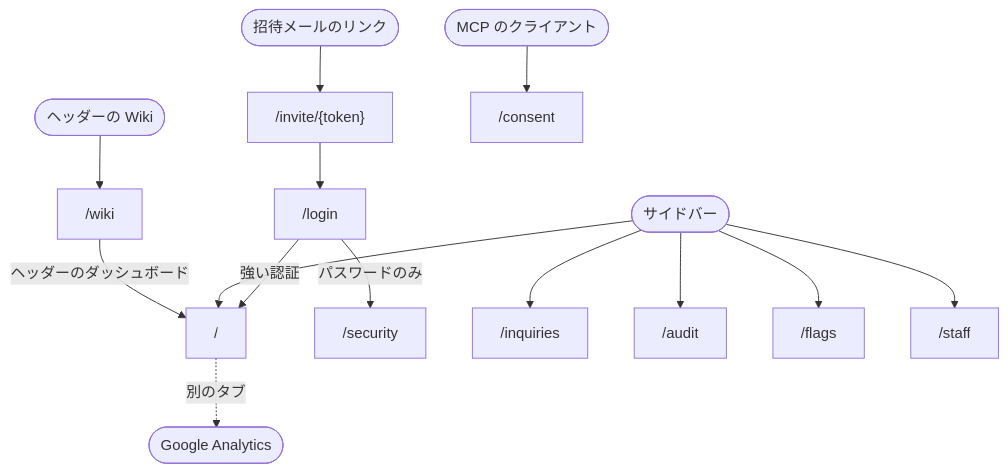
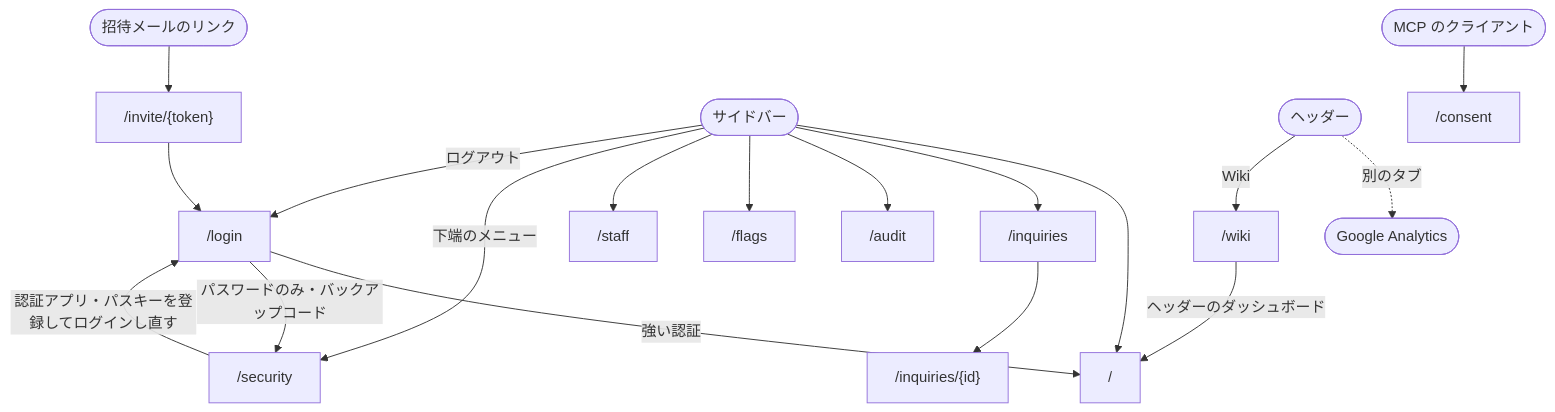
Before and after one commit to masseater/typescript-template: the diagram in apps/wiki/content/docs/pages/wiki-layout.md, drawn with Mermaid. The commit also changed other lines of this file and 9 other files, not shown here.

````diff
--- a/apps/wiki/content/docs/pages/wiki-layout.md
+++ b/apps/wiki/content/docs/pages/wiki-layout.md
@@ -54,16 +65,20 @@
 ```mermaid
 flowchart TD
   invite(["招待メールのリンク"]) --> accept["/invite/{token}"]
   accept --> login["/login"]
   login -- 強い認証 --> overview["/"]
-  login -- パスワードのみ --> security["/security"]
+  login -- "パスワードのみ・バックアップコード" --> security["/security"]
+  security -- "認証アプリ・パスキーを登録してログインし直す" --> login
   side(["サイドバー"]) --> overview
   side --> inquiries["/inquiries"]
   side --> audit["/audit"]
   side --> flags["/flags"]
   side --> staff["/staff"]
-  overview -. 別のタブ .-> ga(["Google Analytics"])
-  header(["ヘッダーの Wiki"]) --> wiki["/wiki"]
+  side -- 下端のメニュー --> security
+  side -- ログアウト --> login
+  inquiries --> inquiry["/inquiries/{id}"]
+  header(["ヘッダー"]) -. 別のタブ .-> ga(["Google Analytics"])
+  header -- Wiki --> wiki["/wiki"]
   wiki -- ヘッダーのダッシュボード --> overview
   mcp(["MCP のクライアント"]) --> consent["/consent"]
 ```
````
